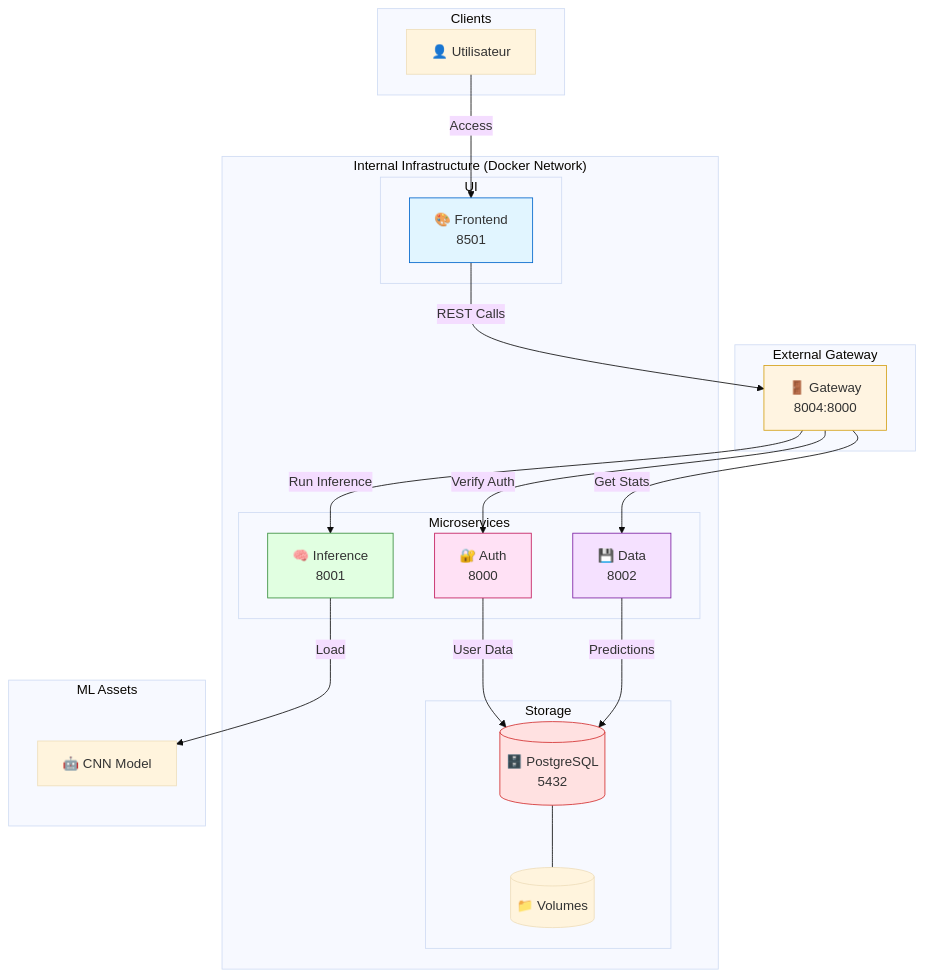
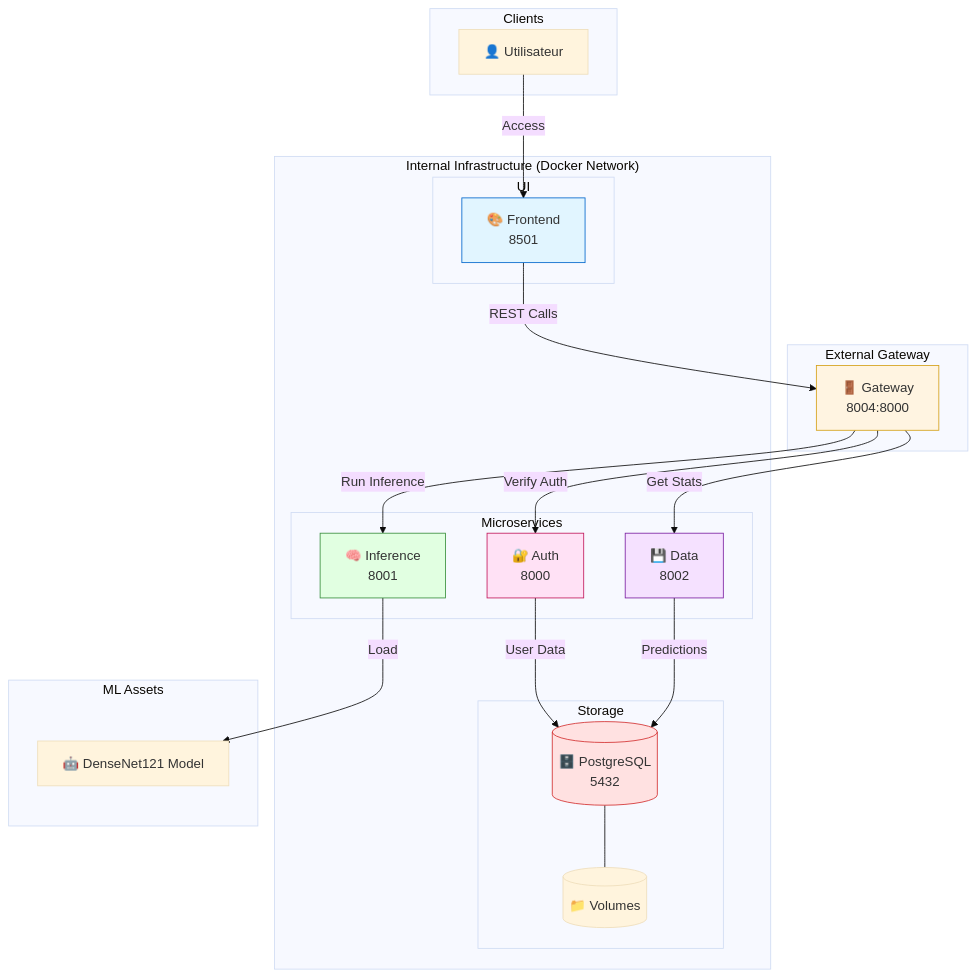
Before and after one commit to mnjaay/DL-CancerDuSein: the diagram in ARCHITECTURE.md, drawn with Mermaid (base theme). The commit also changed other lines of this file and 17 other files, not shown here.

````diff
--- a/ARCHITECTURE.md
+++ b/ARCHITECTURE.md
@@ -24,49 +24,49 @@
 ```mermaid
 graph TB
     subgraph "Clients"
         U[👤 Utilisateur]
     end
 
     subgraph "External Gateway"
         G[🚪 Gateway<br/>8004:8000]
     end
 
     subgraph "Internal Infrastructure (Docker Network)"
         subgraph "UI"
             F[🎨 Frontend<br/>8501]
         end
 
         subgraph "Microservices"
             A[🔐 Auth<br/>8000]
             I[🧠 Inference<br/>8001]
             D[💾 Data<br/>8002]
         end
 
         subgraph "Storage"
             DB[(🗄️ PostgreSQL<br/>5432)]
             V[(📁 Volumes)]
         end
     end
 
     subgraph "ML Assets"
-        M[🤖 CNN Model]
+        M[🤖 DenseNet121 Model]
     end
 
     U -->|Access| F
     F -->|REST Calls| G
     G -->|Verify Auth| A
     G -->|Run Inference| I
     G -->|Get Stats| D
     
     A -->|User Data| DB
     D -->|Predictions| DB
     DB --- V
     I -->|Load| M
 
     style G fill:#fff4e1,stroke:#d4a017
     style F fill:#e1f5ff,stroke:#0066cc
     style A fill:#ffe1f5,stroke:#c2185b
     style I fill:#e1ffe1,stroke:#388e3c
     style D fill:#f5e1ff,stroke:#7b1fa2
     style DB fill:#ffe1e1,stroke:#d32f2f
 ```
````
